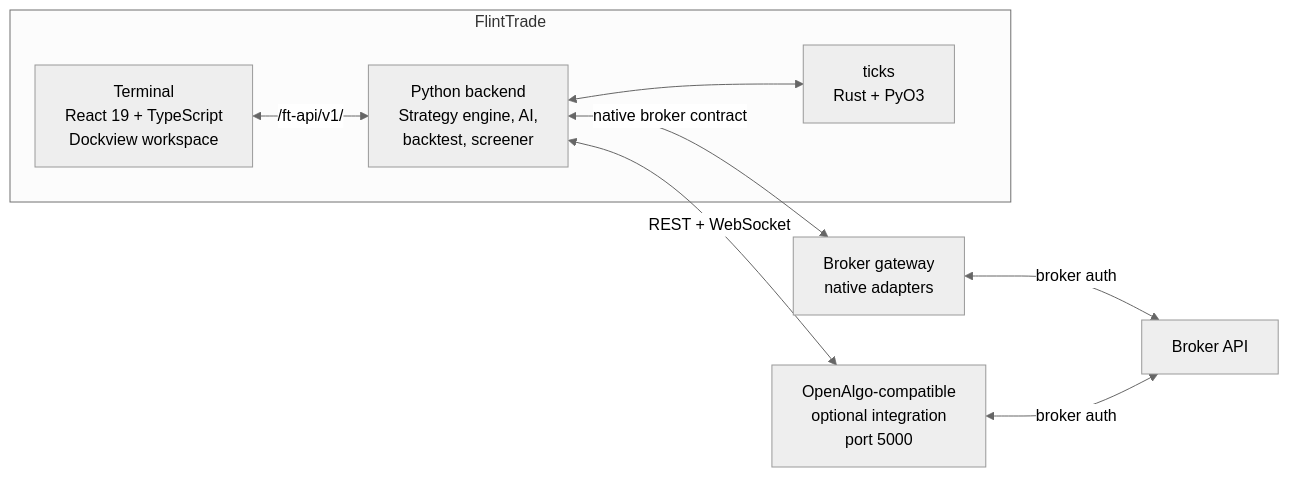
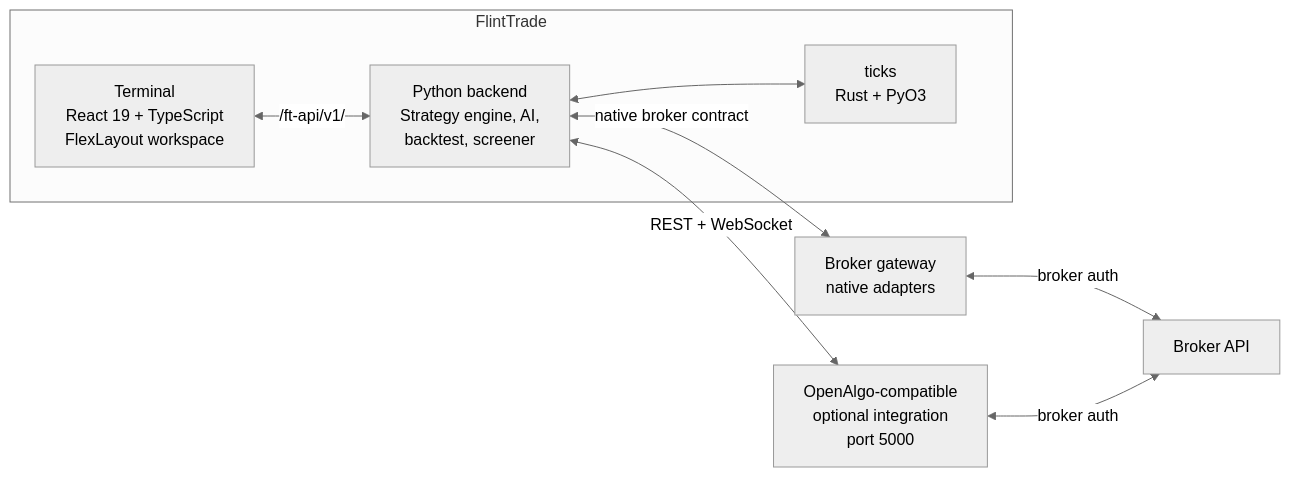
Before and after one commit to navaneeshnagarajan/FlintTrade: the diagram in readme.md, drawn with Mermaid (neutral theme). The commit also changed other lines of this file and 30 other files, not shown here.

````diff
--- a/readme.md
+++ b/readme.md
@@ -136,19 +137,19 @@
 ```mermaid
 flowchart LR
     subgraph FT["FlintTrade"]
-        UI["Terminal<br/>React 19 + TypeScript<br/>Dockview workspace"]
+        UI["Terminal<br/>React 19 + TypeScript<br/>FlexLayout workspace"]
         BE["Python backend<br/>Strategy engine, AI,<br/>backtest, screener"]
         TE["ticks<br/>Rust + PyO3"]
         UI <-->|"/ft-api/v1/"| BE
         BE <--> TE
     end
 
     BG["Broker gateway<br/>native adapters"]
     OA["OpenAlgo-compatible<br/>optional integration<br/>port 5000"]
     BR["Broker API"]
 
     BE <-->|"native broker contract"| BG
     BE <-->|"REST + WebSocket"| OA
     BG <-->|"broker auth"| BR
     OA <-->|"broker auth"| BR
 ```
````
